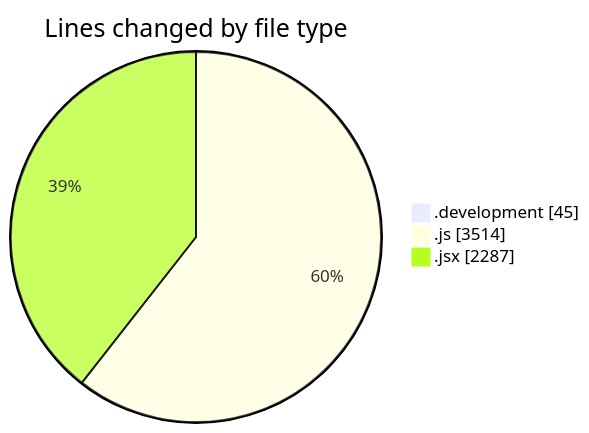
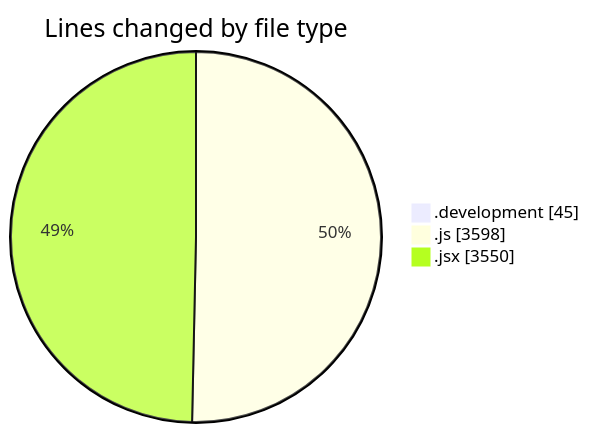
One commit to nxtqubesakshisongat/code-tracking changed the first of 2 diagrams in 2025-11-10/nxtqube_webapp/README.md. Above: the diagram before and after it, drawn with Mermaid. The commit also changed other lines of this file and 1 other file, not shown here.

````diff
--- a/2025-11-10/nxtqube_webapp/README.md
+++ b/2025-11-10/nxtqube_webapp/README.md
@@ -33,7 +35,7 @@
 ```mermaid
 pie showData
 title Lines changed by file type
 ".development" : 45
-".js" : 3514
-".jsx" : 2287
+".js" : 3598
+".jsx" : 3550
 ```
````
